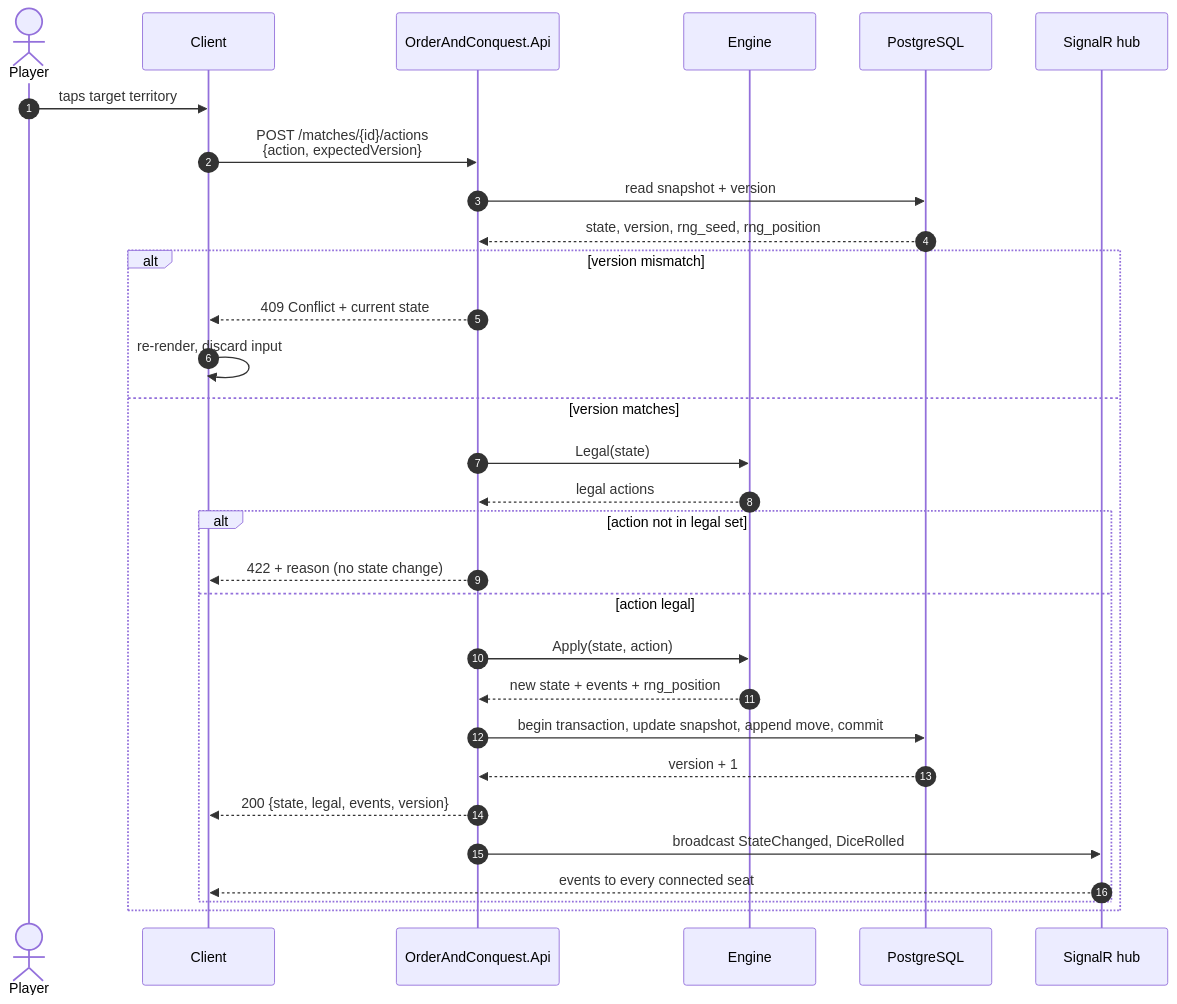
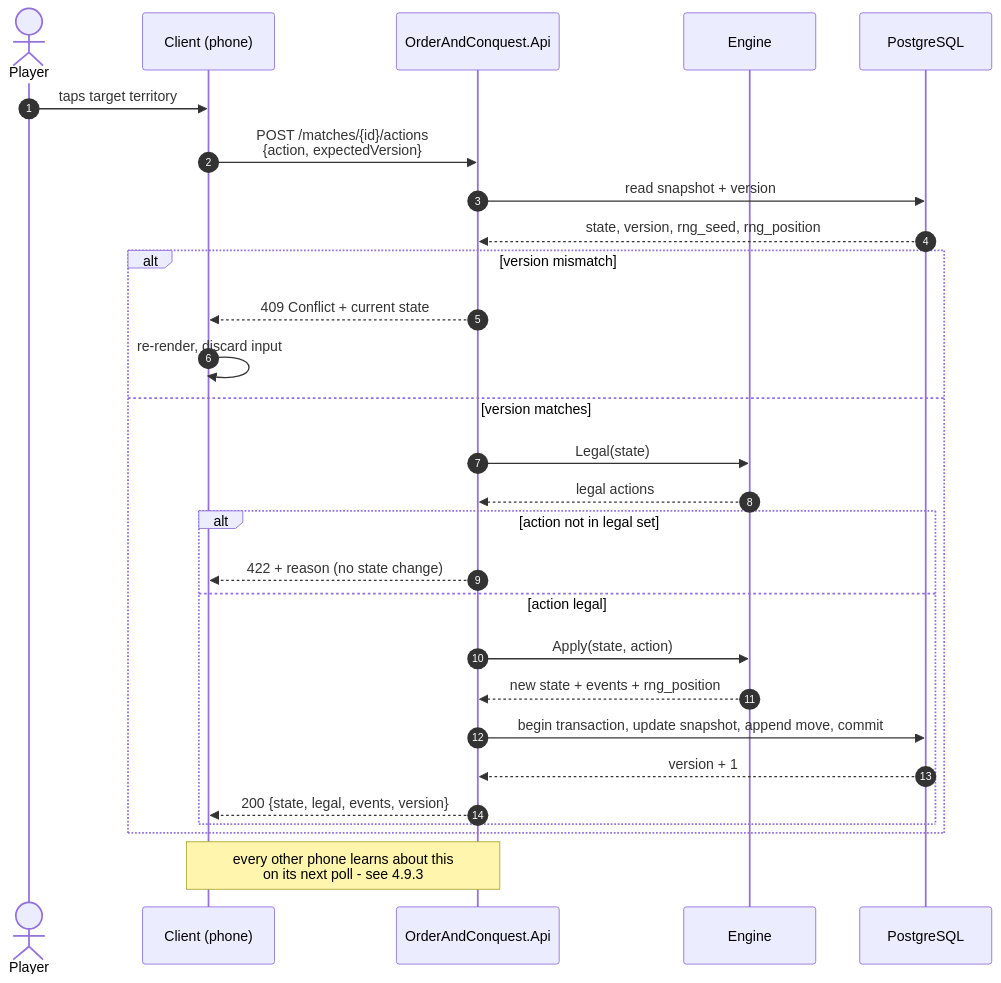
One commit to MujtabaNite/Order_And_Conquest changed the seventh of 14 diagrams in docs/04-system-analysis.md. Above: the diagram before and after it, drawn with Mermaid. The commit also changed other lines of this file and 9 other files, not shown here.

````diff
--- a/docs/04-system-analysis.md
+++ b/docs/04-system-analysis.md
@@ -739,33 +922,32 @@
 ```mermaid
 sequenceDiagram
     autonumber
     actor Player
-    participant C as Client
+    participant C as Client (phone)
     participant API as OrderAndConquest.Api
     participant E as Engine
     participant DB as PostgreSQL
-    participant Hub as SignalR hub
 
     Player->>C: taps target territory
     C->>API: POST /matches/{id}/actions<br/>{action, expectedVersion}
     API->>DB: read snapshot + version
     DB-->>API: state, version, rng_seed, rng_position
     alt version mismatch
         API-->>C: 409 Conflict + current state
         C->>C: re-render, discard input
     else version matches
         API->>E: Legal(state)
         E-->>API: legal actions
         alt action not in legal set
             API-->>C: 422 + reason (no state change)
         else action legal
             API->>E: Apply(state, action)
             E-->>API: new state + events + rng_position
             API->>DB: begin transaction, update snapshot, append move, commit
             DB-->>API: version + 1
             API-->>C: 200 {state, legal, events, version}
-            API->>Hub: broadcast StateChanged, DiceRolled
-            Hub-->>C: events to every connected seat
         end
     end
+
+    note over C,API: every other phone learns about this<br/>on its next poll - see 4.9.3
 ```
````
